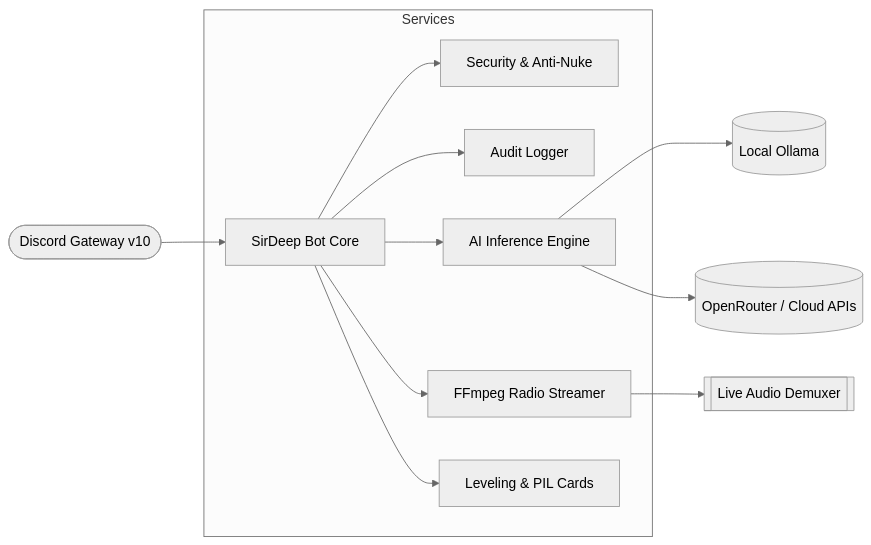
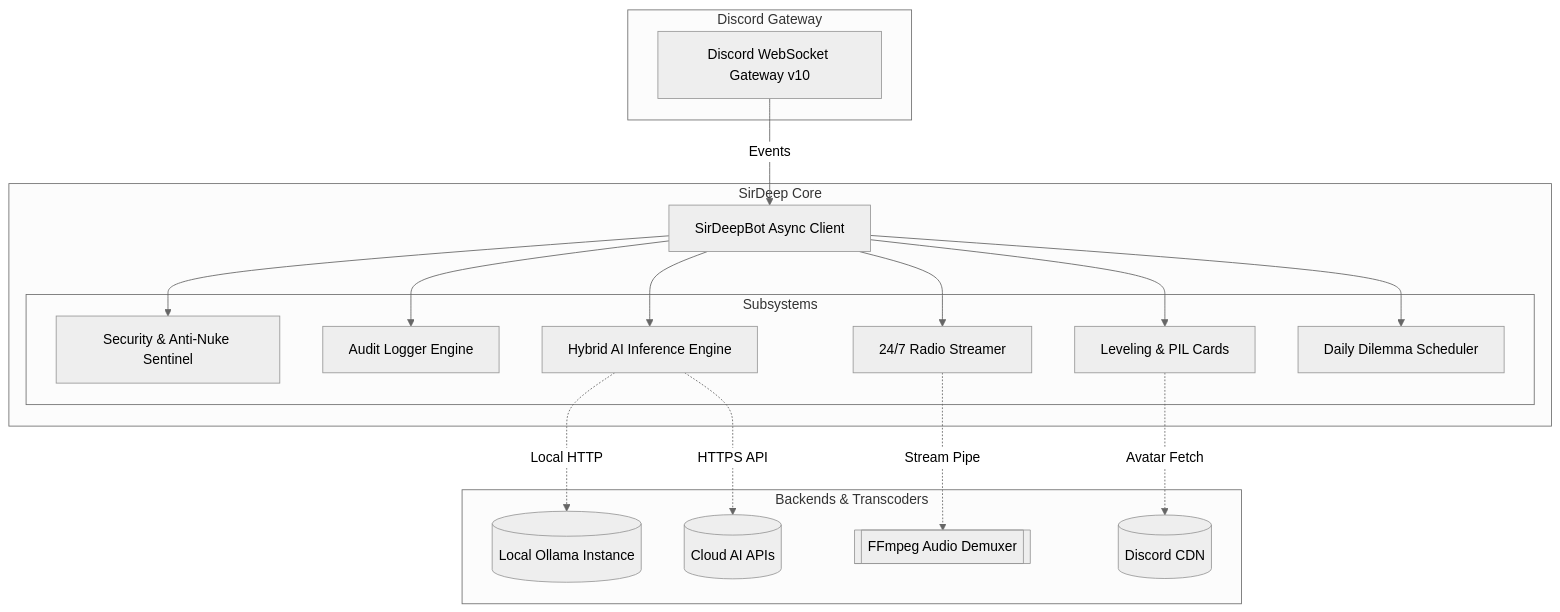
The diagram in README.md (opensourcewinter/sirdeep), drawn with Mermaid (neutral theme) before and after one commit. The commit also changed other lines of this file, not shown here.

````diff
--- a/README.md
+++ b/README.md
@@ -40,16 +58,40 @@
 ```mermaid
-flowchart LR
-    GW([Discord Gateway v10]) --> BOT[SirDeep Bot Core]
-    
-    subgraph Services
-        BOT --> SEC[Security & Anti-Nuke]
-        BOT --> AUD[Audit Logger]
-        BOT --> AI[AI Inference Engine]
-        BOT --> RAD[FFmpeg Radio Streamer]
-        BOT --> LVL[Leveling & PIL Cards]
+flowchart TD
+    subgraph Discord Gateway
+        GW[Discord WebSocket Gateway v10]
     end
 
-    AI --> OLLAMA[(Local Ollama)]
-    AI --> CLOUD[(OpenRouter / Cloud APIs)]
-    RAD --> AUDIO[[Live Audio Demuxer]]
+    subgraph SirDeep Core
+        BOT[SirDeepBot Async Client]
+        
+        GW -->|Events| BOT
+        
+        subgraph Subsystems
+            SEC[Security & Anti-Nuke Sentinel]
+            AUD[Audit Logger Engine]
+            AI[Hybrid AI Inference Engine]
+            RAD[24/7 Radio Streamer]
+            LVL[Leveling & PIL Cards]
+            DEB[Daily Dilemma Scheduler]
+        end
+        
+        BOT --> SEC
+        BOT --> AUD
+        BOT --> AI
+        BOT --> RAD
+        BOT --> LVL
+        BOT --> DEB
+    end
+
+    subgraph Backends & Transcoders
+        OLLAMA[(Local Ollama Instance)]
+        OPENROUTER[(Cloud AI APIs)]
+        FFMPEG[[FFmpeg Audio Demuxer]]
+        CDN[(Discord CDN)]
+    end
+
+    AI -.->|Local HTTP| OLLAMA
+    AI -.->|HTTPS API| OPENROUTER
+    RAD -.->|Stream Pipe| FFMPEG
+    LVL -.->|Avatar Fetch| CDN
 ```
````
